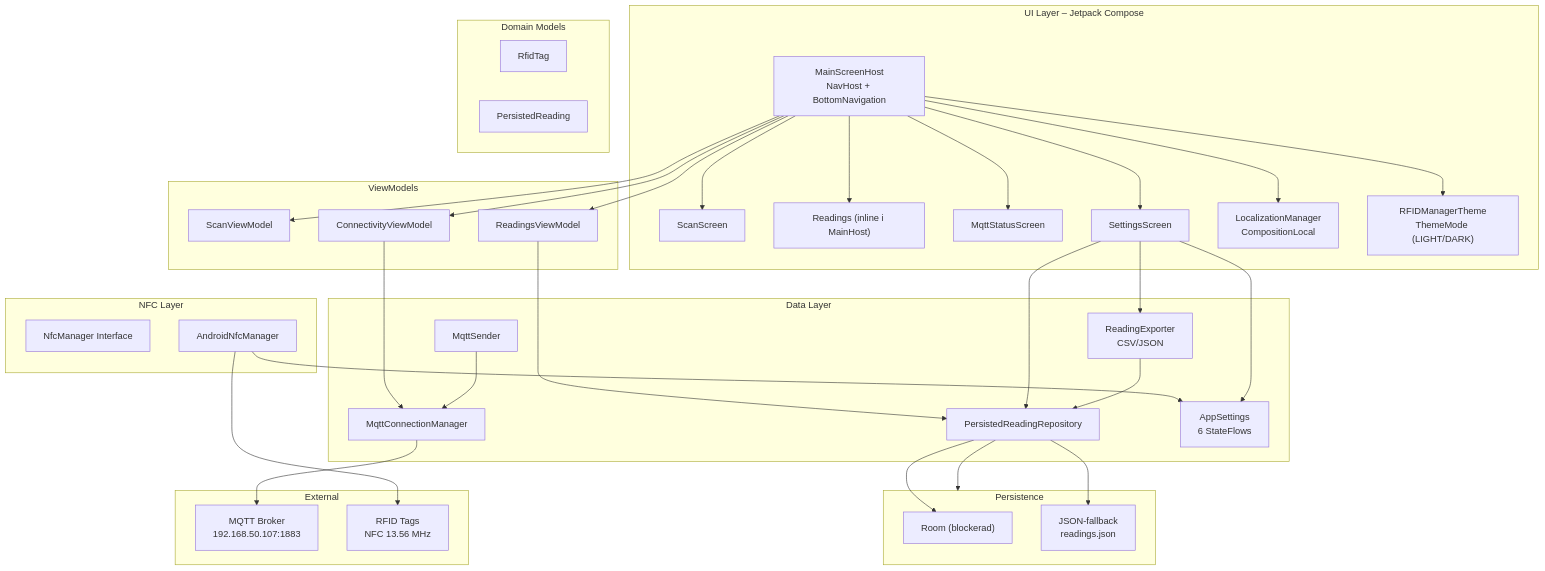
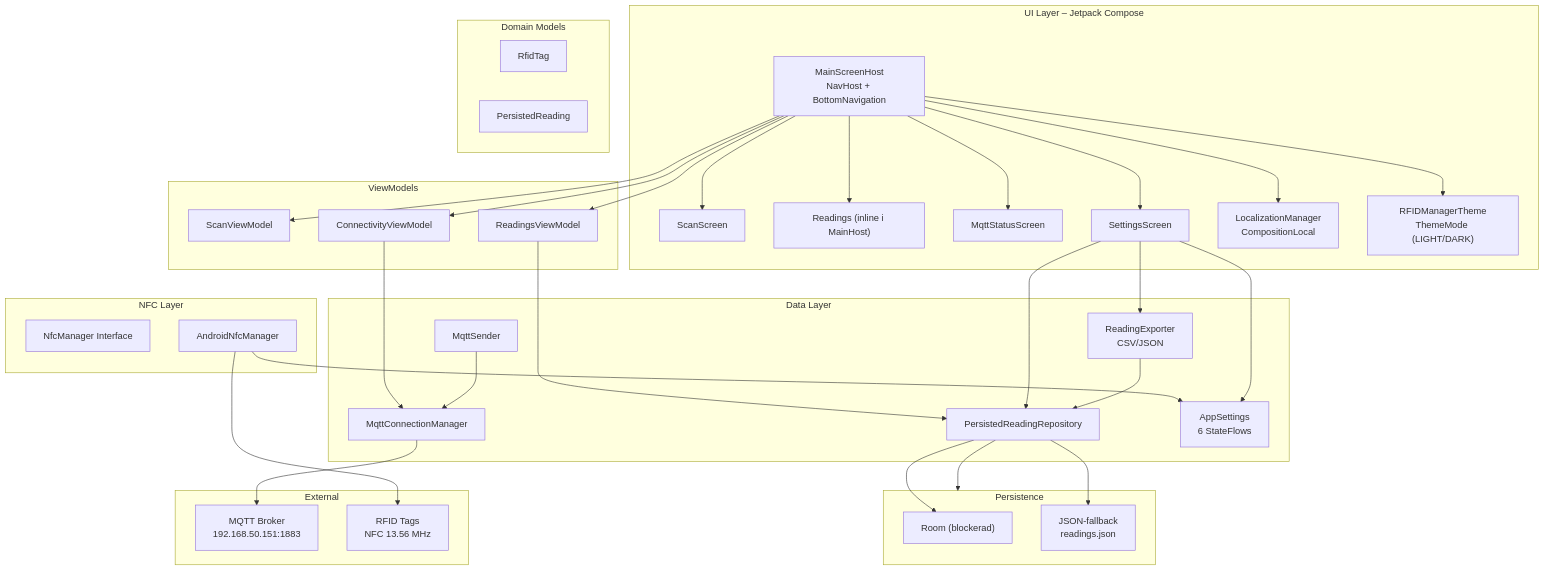
Before and after one commit to JoaBerra/rfid-manager: the first of 2 diagrams in wiki/App-Architecture.md, drawn with Mermaid. The commit also changed other lines of this file and 10 other files, not shown here.

First line of the commit message:
Uppdrag 004: app default MQTT broker → ishtar .151

````diff
--- a/wiki/App-Architecture.md
+++ b/wiki/App-Architecture.md
@@ -8,60 +8,60 @@
 ```mermaid
 graph TD
     subgraph UI["UI Layer – Jetpack Compose"]
         MainHost["MainScreenHost<br/>NavHost + BottomNavigation"]
         ScanScr["ScanScreen"]
         RdgScr["Readings (inline i MainHost)"]
         ConnScr["MqttStatusScreen"]
         SettScr["SettingsScreen"]
         Local["LocalizationManager<br/>CompositionLocal"]
         Theme["RFIDManagerTheme<br/>ThemeMode (LIGHT/DARK)"]
     end
 
     subgraph ViewModels["ViewModels"]
         ScanVM["ScanViewModel"]
         RdgVM["ReadingsViewModel"]
         ConnVM["ConnectivityViewModel"]
     end
 
     subgraph Data["Data Layer"]
         Repo["PersistedReadingRepository"]
         MqttMgr["MqttConnectionManager"]
         MqttSend["MqttSender"]
         Settings["AppSettings<br/>6 StateFlows"]
         Export["ReadingExporter<br/>CSV/JSON"]
     end
 
     subgraph Storage["Persistence"]
         Room["Room (blockerad)"]
         Json["JSON-fallback<br/>readings.json"]
     end
 
     subgraph NFC["NFC Layer"]
         NfcMgr["NfcManager Interface"]
         AndroidNfc["AndroidNfcManager"]
     end
 
     subgraph Domain["Domain Models"]
         RfidTag["RfidTag"]
         Persisted["PersistedReading"]
     end
 
     subgraph External["External"]
-        Mqtt["MQTT Broker<br/>192.168.50.107:1883"]
+        Mqtt["MQTT Broker<br/>192.168.50.151:1883"]
         Tag["RFID Tags<br/>NFC 13.56 MHz"]
     end
 
     MainHost --> ScanScr & RdgScr & ConnScr & SettScr
     MainHost --> ScanVM & RdgVM & ConnVM
     MainHost --> Local
     MainHost --> Theme
     RdgVM --> Repo --> Storage
     ConnVM --> MqttMgr
     MqttSend --> MqttMgr
     MqttMgr --> Mqtt
     AndroidNfc --> Tag
     AndroidNfc --> Settings
     SettScr --> Settings & Repo & Export
     Export --> Repo
     Repo --> Room & Json
 ```
````
